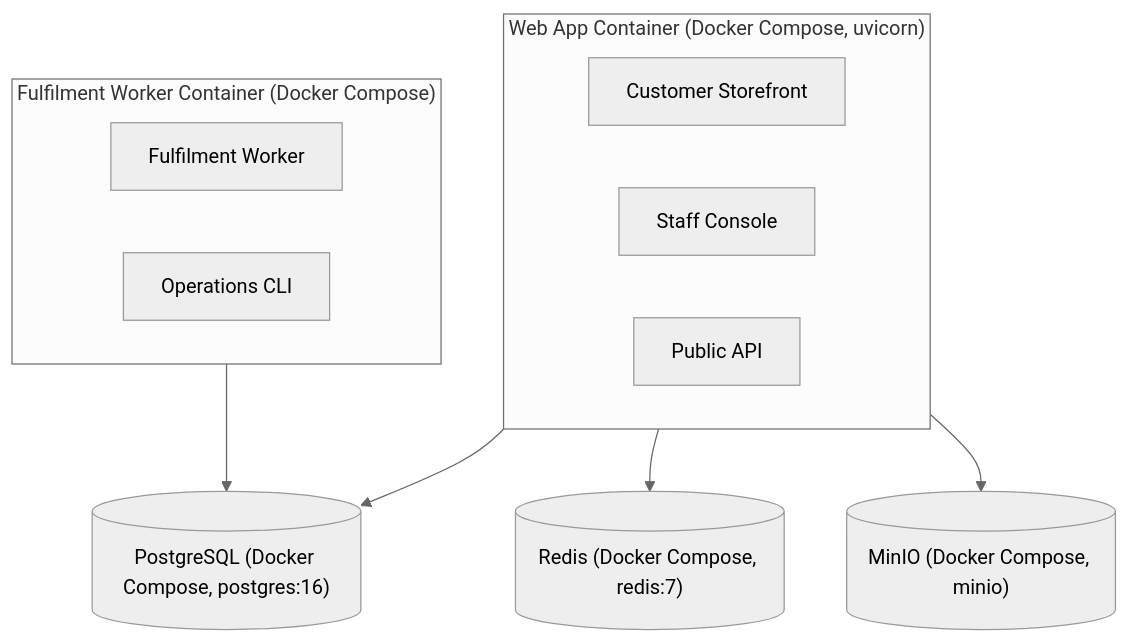
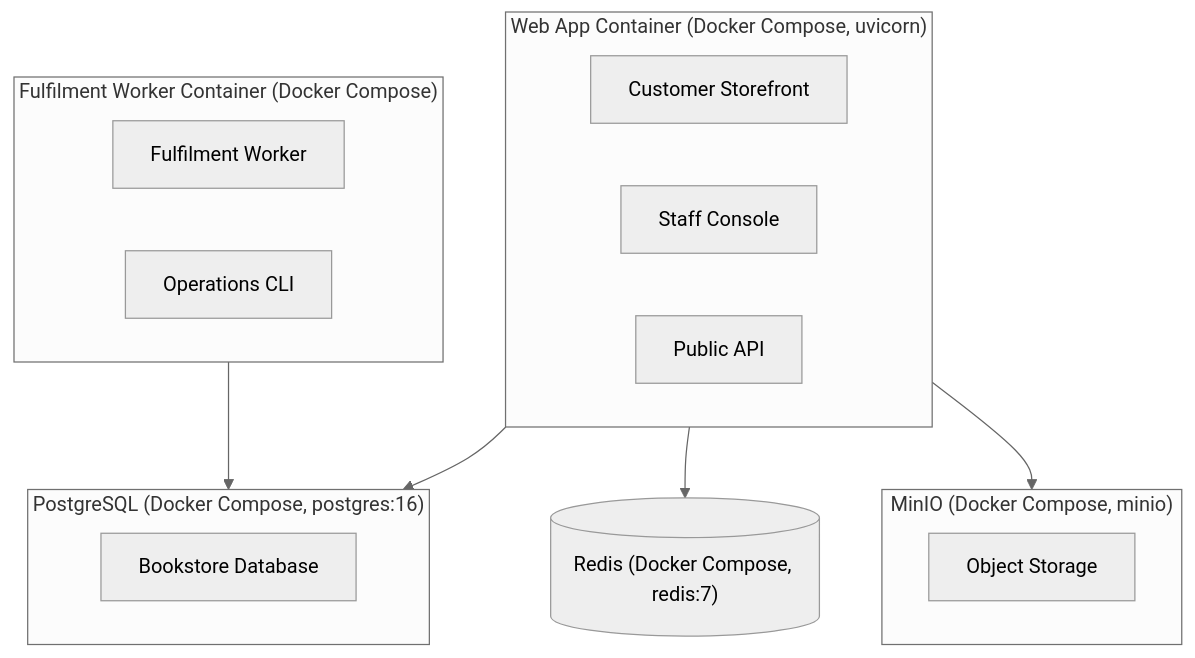
Before and after one commit to deepcodersinc/book-store: the third of 3 diagrams in .unkode/arch_map.md, drawn with Mermaid. The commit also changed other lines of this file and 7 other files, not shown here.

````diff
--- a/.unkode/arch_map.md
+++ b/.unkode/arch_map.md
@@ -161,21 +295,25 @@
 ```mermaid
 %%{init: {'theme':'neutral'}}%%
 graph TB
     subgraph Web_App_Container["Web App Container (Docker Compose, uvicorn)"]
         Web_App_Container_Customer_Storefront["Customer Storefront"]
         Web_App_Container_Staff_Console["Staff Console"]
         Web_App_Container_Public_API["Public API"]
     end
     subgraph Fulfilment_Worker_Container["Fulfilment Worker Container (Docker Compose)"]
         Fulfilment_Worker_Container_Fulfilment_Worker["Fulfilment Worker"]
         Fulfilment_Worker_Container_Operations_CLI["Operations CLI"]
     end
-    PostgreSQL[("PostgreSQL (Docker Compose, postgres:16)")]
+    subgraph PostgreSQL["PostgreSQL (Docker Compose, postgres:16)"]
+        PostgreSQL_Bookstore_Database["Bookstore Database"]
+    end
     Redis[("Redis (Docker Compose, redis:7)")]
-    MinIO[("MinIO (Docker Compose, minio)")]
+    subgraph MinIO["MinIO (Docker Compose, minio)"]
+        MinIO_Object_Storage["Object Storage"]
+    end
 
     Web_App_Container --> PostgreSQL
     Web_App_Container --> Redis
     Web_App_Container --> MinIO
     Fulfilment_Worker_Container --> PostgreSQL
 ```
````
